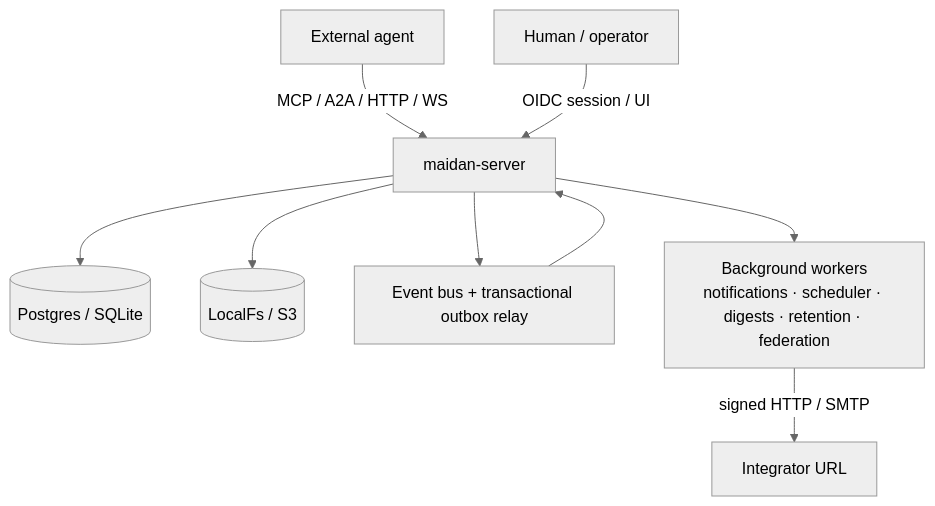
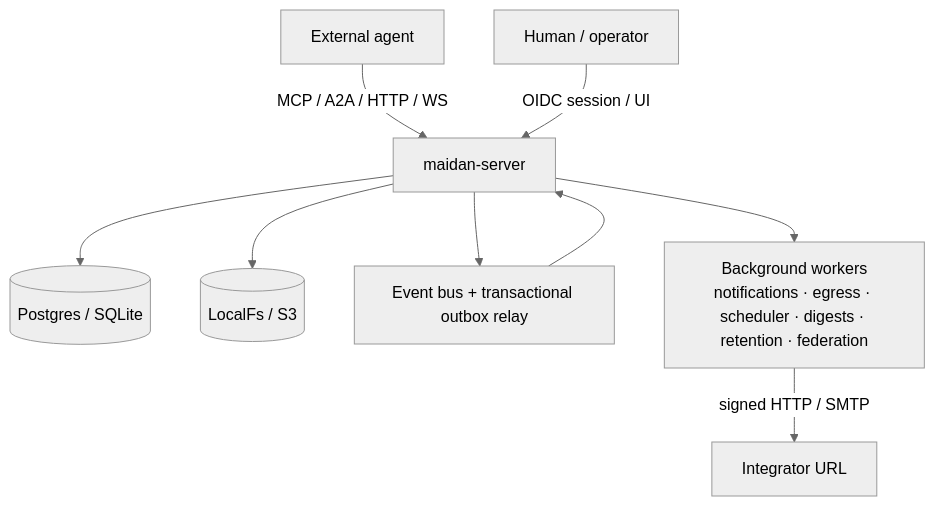
The first of 2 diagrams in docs/Architecture.md (david-engelmann/maidan), drawn with Mermaid (neutral theme) before and after one commit. The commit also changed other lines of this file and 7 other files, not shown here.

````diff
--- a/docs/Architecture.md
+++ b/docs/Architecture.md
@@ -23,20 +23,20 @@
 ```mermaid
 flowchart TB
     Agent[External agent]
     Human[Human / operator]
     Server[maidan-server]
     Store[(Postgres / SQLite)]
     Artifacts[(LocalFs / S3)]
     Bus[Event bus + transactional outbox relay]
-    Workers[Background workers\nnotifications · scheduler · digests · retention · federation]
+    Workers[Background workers\nnotifications · egress · scheduler · digests · retention · federation]
     Ext[Integrator URL]
 
     Agent -->|MCP / A2A / HTTP / WS| Server
     Human -->|OIDC session / UI| Server
     Server --> Store
     Server --> Artifacts
     Server --> Bus
     Server --> Workers
     Bus --> Server
     Workers -->|signed HTTP / SMTP| Ext
 ```
````
